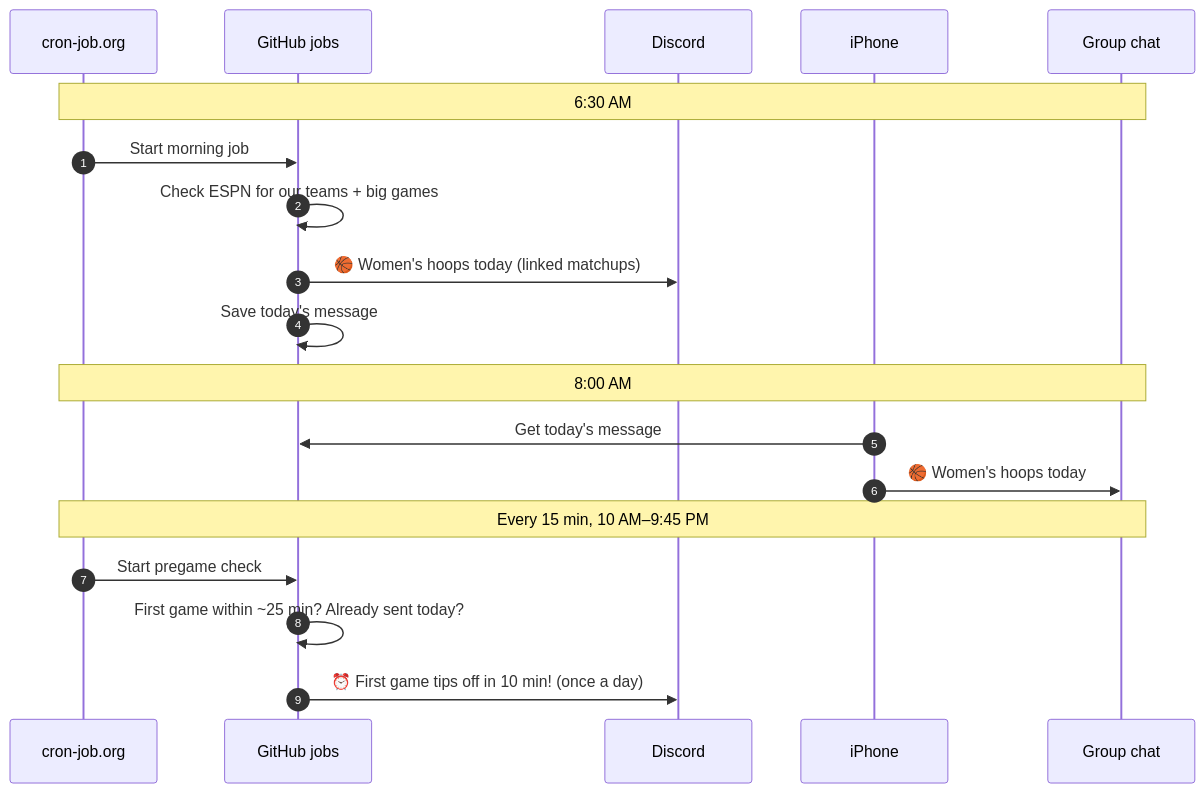
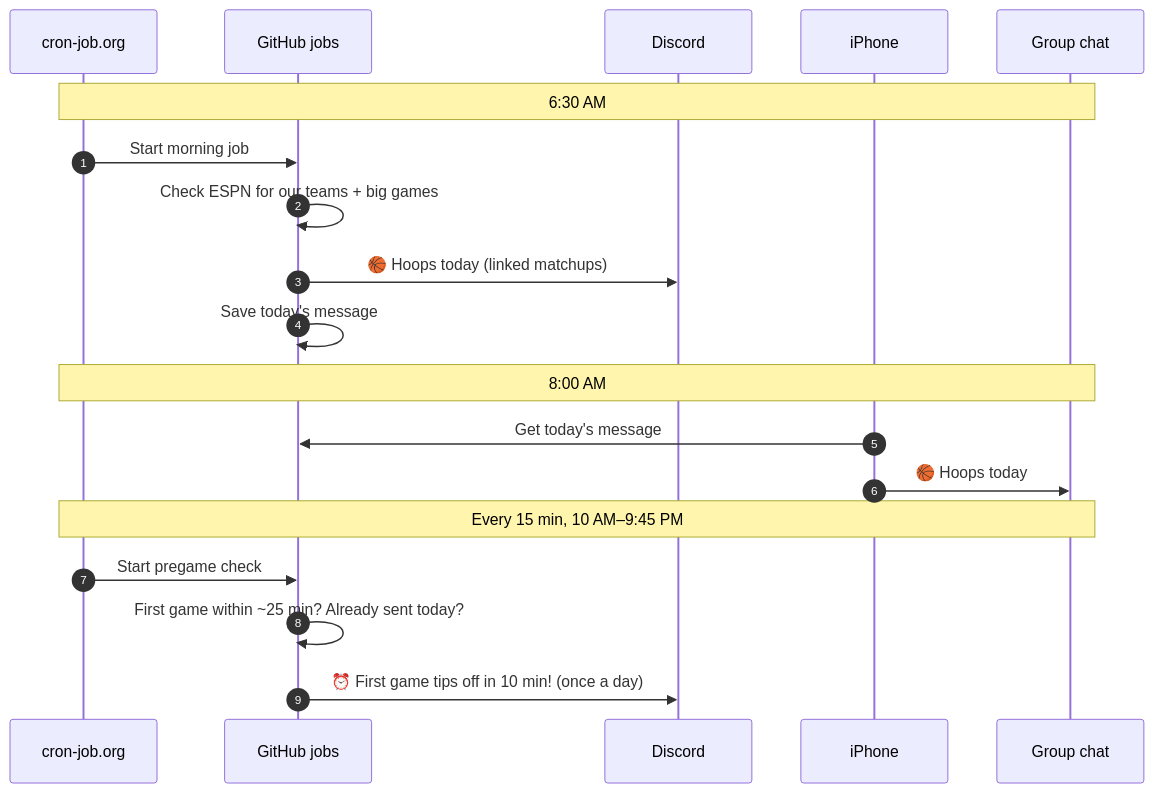
Before and after one commit to AI-Jess/Sports-Reminder: the second of 2 diagrams in README.md, drawn with Mermaid. The commit also changed other lines of this file and 1 other file, not shown here.

First line of the commit message:
Header 'Hoops today' with Women's NCAA / WNBA / Girls' High School sections

````diff
--- a/README.md
+++ b/README.md
@@ -40,22 +40,22 @@
 ```mermaid
 sequenceDiagram
     autonumber
     participant C as cron-job.org
     participant G as GitHub jobs
     participant D as Discord
     participant P as iPhone
     participant F as Group chat
 
     Note over C,F: 6:30 AM
     C->>G: Start morning job
     G->>G: Check ESPN for our teams + big games
-    G->>D: 🏀 Women's hoops today (linked matchups)
+    G->>D: 🏀 Hoops today (linked matchups)
     G->>G: Save today's message
     Note over C,F: 8:00 AM
     P->>G: Get today's message
-    P->>F: 🏀 Women's hoops today
+    P->>F: 🏀 Hoops today
     Note over C,F: Every 15 min, 10 AM–9:45 PM
     C->>G: Start pregame check
     G->>G: First game within ~25 min? Already sent today?
     G->>D: ⏰ First game tips off in 10 min! (once a day)
 ```
````
